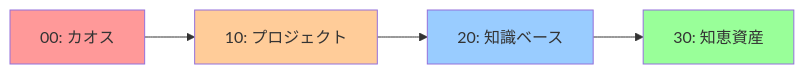
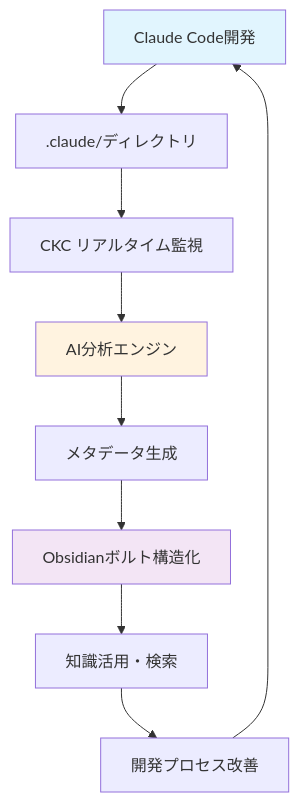
Before and after one commit to drillan/claude-knowledge-catalyst: the first of 2 diagrams in docs/user-guide/core-concepts.md, drawn with Mermaid. The commit also changed other lines of this file and 90 other files, not shown here.

````diff
--- a/docs/user-guide/core-concepts.md
+++ b/docs/user-guide/core-concepts.md
@@ -11,11 +11,15 @@
 ```{mermaid}
-graph LR
-    A[00: カオス] --> B[10: プロジェクト]
-    B --> C[20: 知識ベース]
-    C --> D[30: 知恵資産]
+graph TB
+    A[Claude Code開発] --> B[.claude/ディレクトリ]
+    B --> C[CKC リアルタイム監視]
+    C --> D[AI分析エンジン]
+    D --> E[メタデータ生成]
+    E --> F[Obsidianボルト構造化]
+    F --> G[知識活用・検索]
+    G --> H[開発プロセス改善]
+    H --> A
     
-    style A fill:#ff9999
-    style B fill:#ffcc99
-    style C fill:#99ccff
-    style D fill:#99ff99
+    style A fill:#e1f5fe
+    style F fill:#f3e5f5
+    style D fill:#fff3e0
 ```
````
